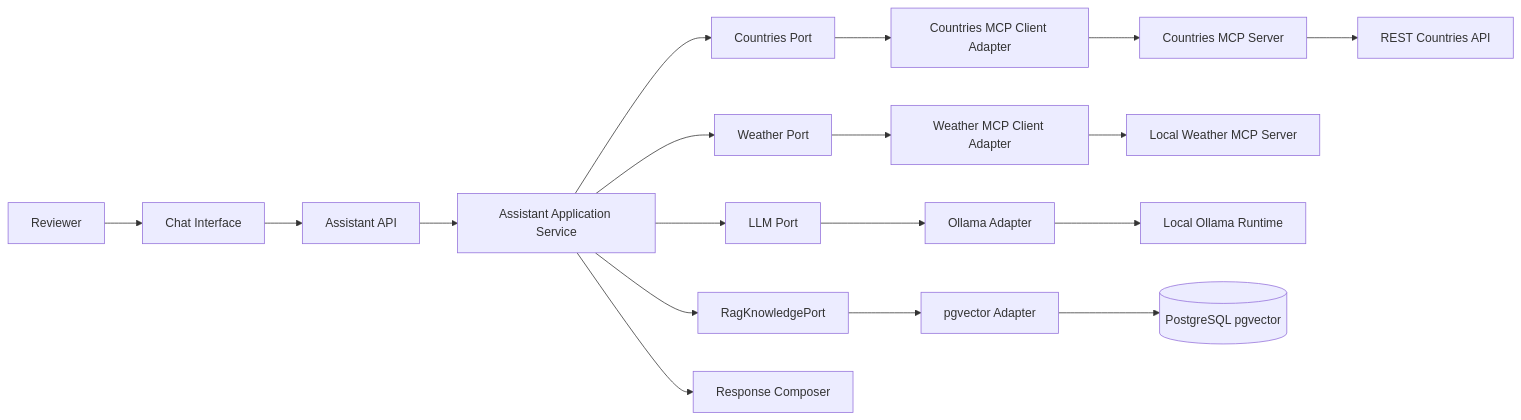
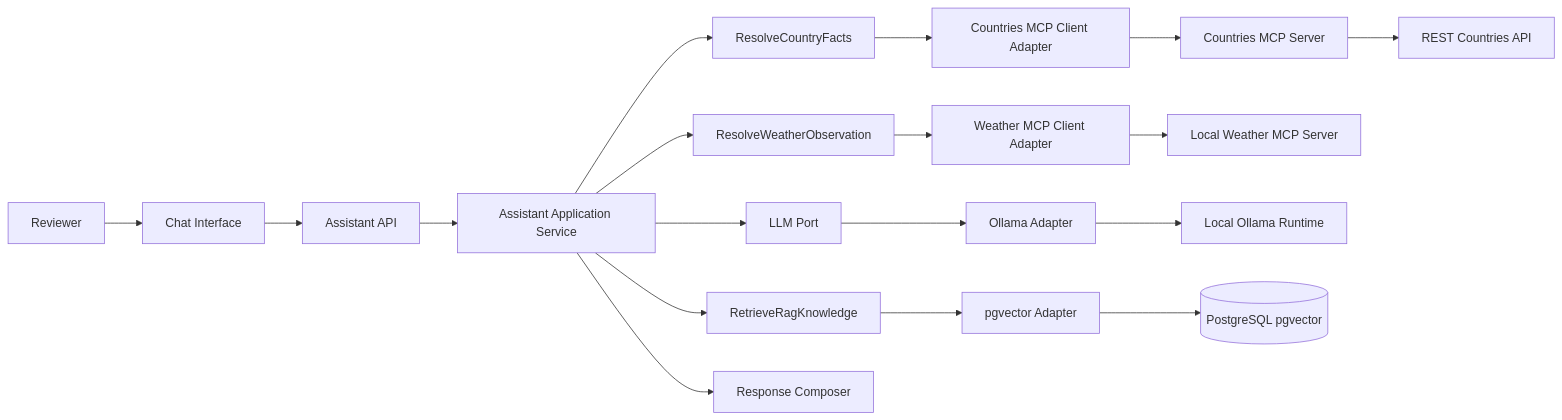
One commit to lyingparachute/ai-assistant changed the first of 6 diagrams in docs/spec/05-architecture.md. Above: the diagram before and after it, drawn with Mermaid. The commit also changed other lines of this file and 412 other files, not shown here.

First line of the commit message:
refactor(assistant): hexagonal feature-slice architecture

````diff
--- a/docs/spec/05-architecture.md
+++ b/docs/spec/05-architecture.md
@@ -16,23 +16,23 @@
 ```mermaid
 flowchart LR
     Reviewer[Reviewer] --> ChatInterface[Chat Interface]
     ChatInterface --> AssistantAPI[Assistant API]
     AssistantAPI --> Orchestrator[Assistant Application Service]
 
     Orchestrator --> LLMPort[LLM Port]
-    Orchestrator --> RAGPort[RagKnowledgePort]
-    Orchestrator --> CountriesPort[Countries Port]
-    Orchestrator --> WeatherPort[Weather Port]
+    Orchestrator --> RAGPort[RetrieveRagKnowledge]
+    Orchestrator --> CountryFacts[ResolveCountryFacts]
+    Orchestrator --> WeatherObservation[ResolveWeatherObservation]
     Orchestrator --> Composer[Response Composer]
 
     LLMPort --> Ollama[Ollama Adapter]
     RAGPort --> Pgvector[pgvector Adapter]
-    CountriesPort --> CountriesMcpClient[Countries MCP Client Adapter]
-    WeatherPort --> WeatherMcpClient[Weather MCP Client Adapter]
+    CountryFacts --> CountriesMcpClient[Countries MCP Client Adapter]
+    WeatherObservation --> WeatherMcpClient[Weather MCP Client Adapter]
 
     CountriesMcpClient --> CountriesMcpServer[Countries MCP Server]
     CountriesMcpServer --> RestCountries[REST Countries API]
     WeatherMcpClient --> WeatherMcpServer[Local Weather MCP Server]
     Ollama --> OllamaRuntime[Local Ollama Runtime]
     Pgvector --> Postgres[(PostgreSQL pgvector)]
 ```
````
